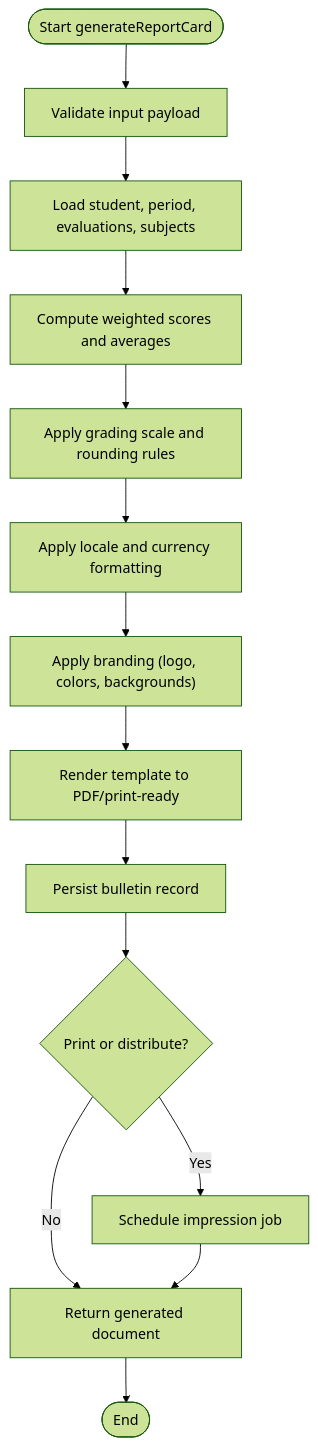
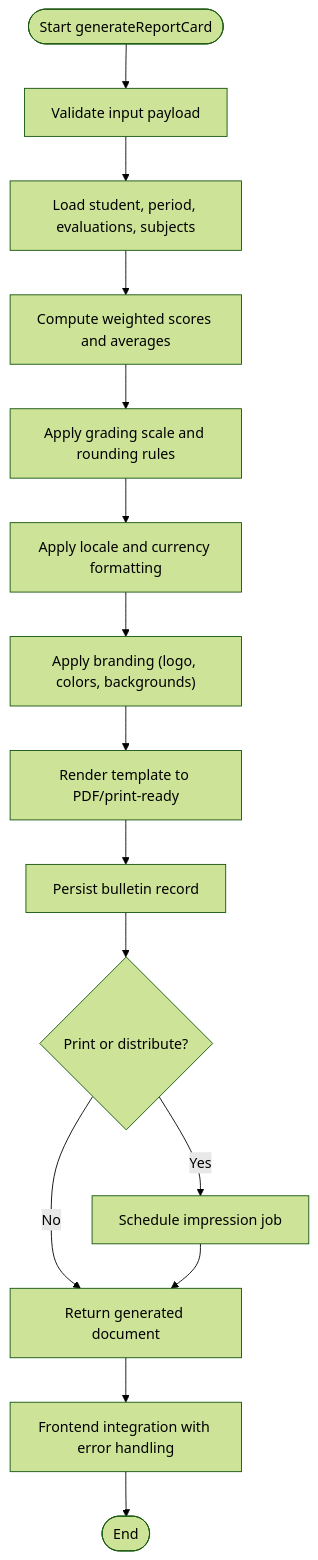
The fifth of 8 diagrams in .qoder/repowiki/en/content/Academic Management System/Grade & Evaluation System/Report Card Generation.md (franckylab/eLISAschool), drawn with Mermaid (forest theme) before and after one commit. The commit also changed other lines of this file and 49 other files, not shown here.

````diff
--- a/.qoder/repowiki/en/content/Academic Management System/Grade & Evaluation System/Report Card Generation.md
+++ b/.qoder/repowiki/en/content/Academic Management System/Grade & Evaluation System/Report Card Generation.md
@@ -236,16 +297,17 @@
 ```mermaid
 flowchart TD
 Start(["Start generateReportCard"]) --> Validate["Validate input payload"]
 Validate --> LoadData["Load student, period, evaluations, subjects"]
 LoadData --> ComputeGrades["Compute weighted scores and averages"]
 ComputeGrades --> ApplyRules["Apply grading scale and rounding rules"]
 ApplyRules --> Localize["Apply locale and currency formatting"]
 Localize --> Branding["Apply branding (logo, colors, backgrounds)"]
 Branding --> Render["Render template to PDF/print-ready"]
 Render --> Persist["Persist bulletin record"]
 Persist --> OptionalPrint{"Print or distribute?"}
 OptionalPrint --> |Yes| Schedule["Schedule impression job"]
 OptionalPrint --> |No| ReturnResult["Return generated document"]
 Schedule --> ReturnResult
-ReturnResult --> End(["End"])
+ReturnResult --> FrontendIntegration["Frontend integration with error handling"]
+FrontendIntegration --> End(["End"])
 ```
````
